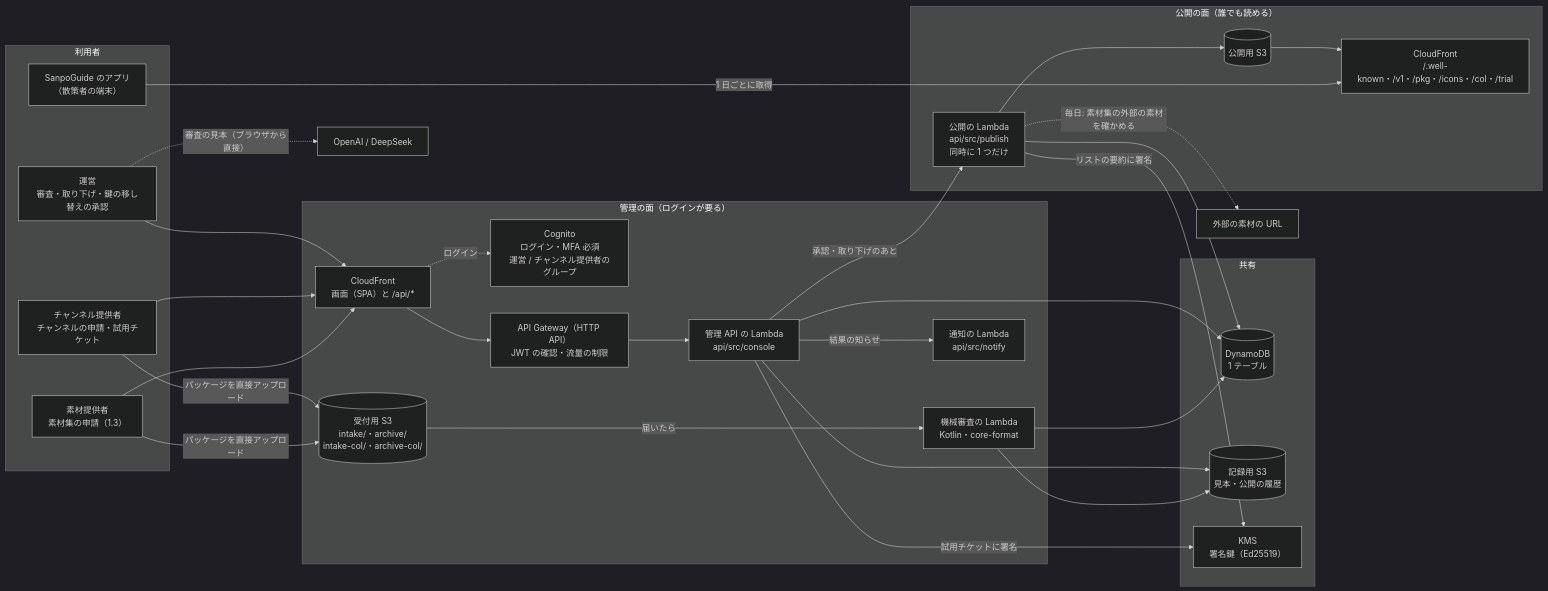
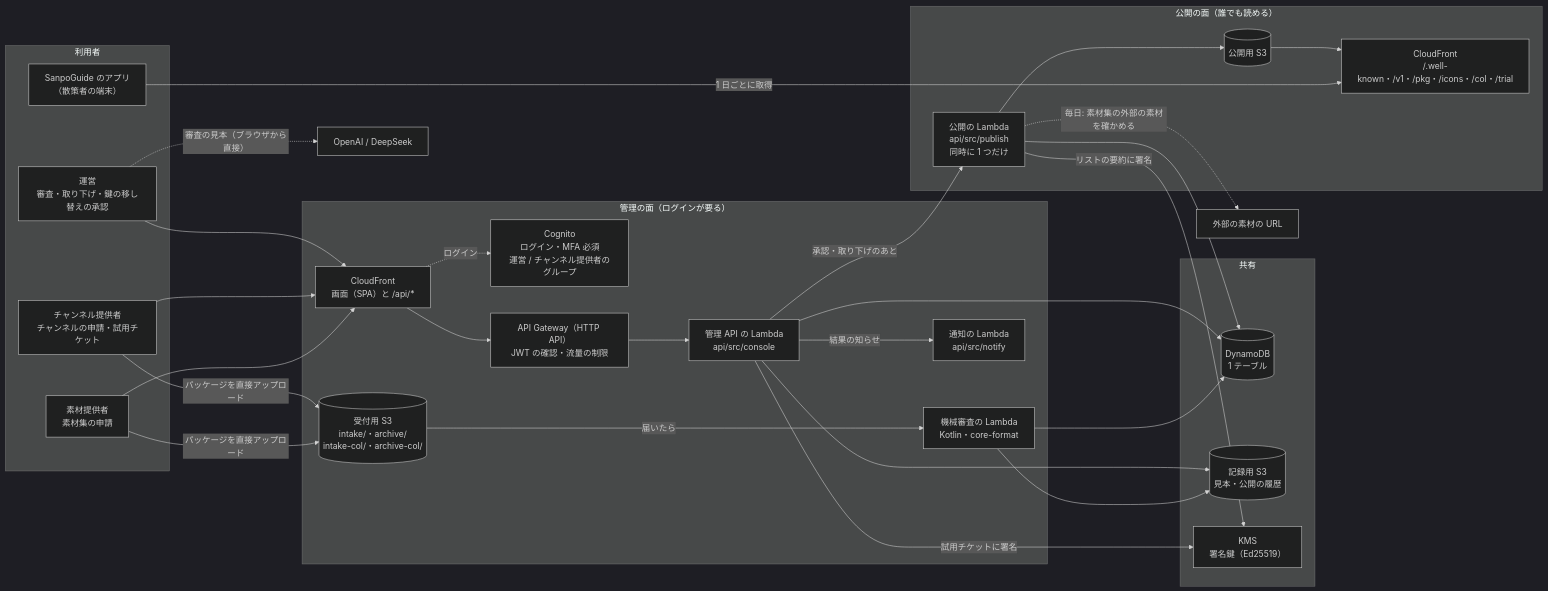
Before and after one commit to duwenji/michizure-console: the first of 7 diagrams in docs/architecture.md, drawn with Mermaid (dark theme). The commit also changed other lines of this file and 66 other files, not shown here.

````diff
--- a/docs/architecture.md
+++ b/docs/architecture.md
@@ -17,49 +17,49 @@
 ```mermaid
 flowchart LR
   subgraph USERS["利用者"]
     OP["運営<br/>審査・取り下げ・鍵の移し替えの承認"]
     PUB["チャンネル提供者<br/>チャンネルの申請・試用チケット"]
-    PROD["素材提供者<br/>素材集の申請（1.3）"]
+    PROD["素材提供者<br/>素材集の申請"]
     APPUSER["SanpoGuide のアプリ<br/>（散策者の端末）"]
   end
 
   subgraph CONSOLE["管理の面（ログインが要る）"]
     CF1["CloudFront<br/>画面（SPA）と /api/*"]
     COG["Cognito<br/>ログイン・MFA 必須<br/>運営 / チャンネル提供者のグループ"]
     APIGW["API Gateway（HTTP API）<br/>JWT の確認・流量の制限"]
     API["管理 API の Lambda<br/>api/src/console"]
     INTAKE[("受付用 S3<br/>intake/・archive/<br/>intake-col/・archive-col/")]
     MR["機械審査の Lambda<br/>Kotlin・core-format"]
     NOTIFY["通知の Lambda<br/>api/src/notify"]
   end
 
   subgraph CORE["共有"]
     DDB[("DynamoDB<br/>1 テーブル")]
     REC[("記録用 S3<br/>見本・公開の履歴")]
     KMS["KMS<br/>署名鍵（Ed25519）"]
   end
 
   subgraph PUBLIC["公開の面（誰でも読める）"]
     PUBFN["公開の Lambda<br/>api/src/publish<br/>同時に 1 つだけ"]
     PS3[("公開用 S3")]
     CF2["CloudFront<br/>/.well-known・/v1・/pkg・/icons・/col・/trial"]
   end
 
   OP & PUB & PROD --> CF1
   CF1 -.->|ログイン| COG
   CF1 --> APIGW --> API
   PUB & PROD -->|パッケージを直接アップロード| INTAKE
   INTAKE -->|届いたら| MR
   API & MR --> DDB
   API --> REC
   MR --> REC
   API -->|承認・取り下げのあと| PUBFN
   API -->|試用チケットに署名| KMS
   API -->|結果の知らせ| NOTIFY
   PUBFN --> DDB
   PUBFN -->|リストの要約に署名| KMS
   PUBFN --> PS3 --> CF2
   PUBFN -. 毎日: 素材集の外部の素材を確かめる .-> EXT["外部の素材の URL"]
   APPUSER -->|1 日ごとに取得| CF2
   OP -. 審査の見本（ブラウザから直接） .-> AI["OpenAI / DeepSeek"]
 ```
````
